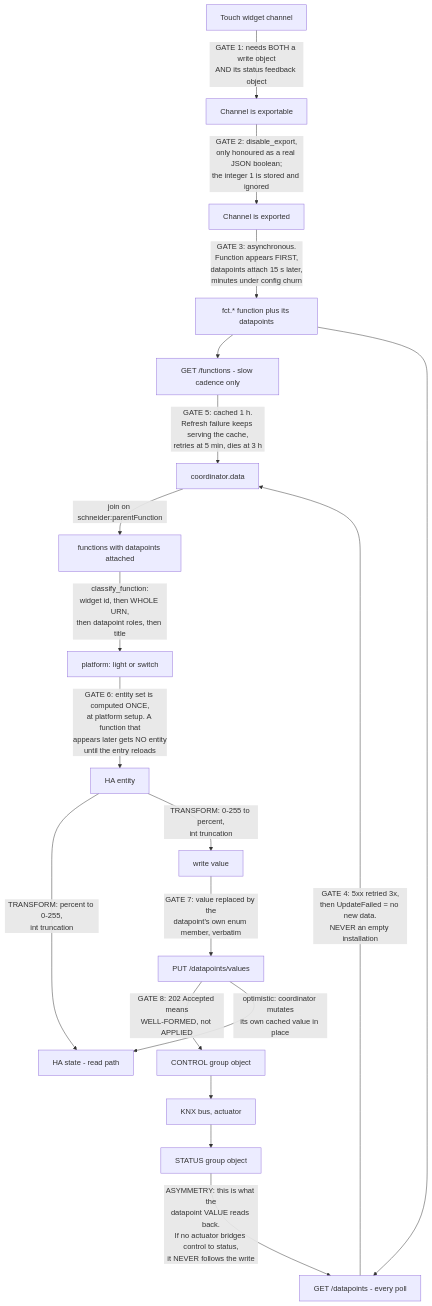
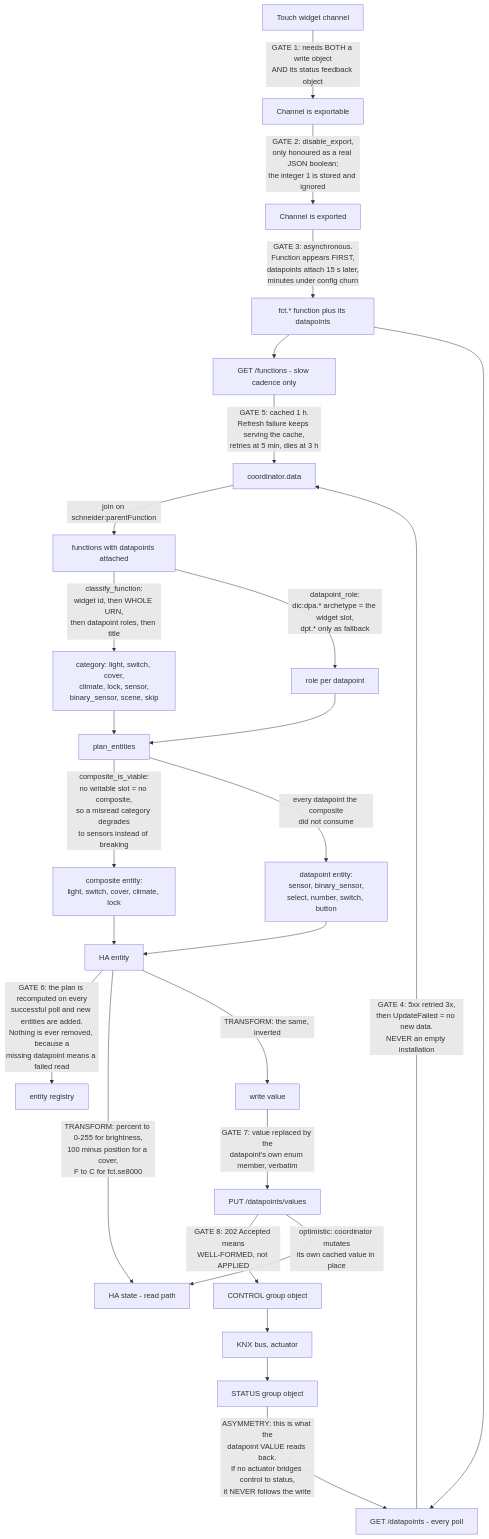
Before and after one commit to bartosekpetr/HomelYnk-HA: the second of 2 diagrams in docs/architecture.md, drawn with Mermaid. The commit also changed other lines of this file, not shown here.

First line of the commit message:
Architecture upkeep: the role map, the entity plan and ten platforms

````diff
--- a/docs/architecture.md
+++ b/docs/architecture.md
@@ -375,27 +431,34 @@
 ```mermaid
 flowchart TB
   W0["Touch widget channel"] -->|"GATE 1: needs BOTH a write object<br/>AND its status feedback object"| W1["Channel is exportable"]
   W1 -->|"GATE 2: disable_export,<br/>only honoured as a real JSON boolean;<br/>the integer 1 is stored and ignored"| W2["Channel is exported"]
   W2 -->|"GATE 3: asynchronous.<br/>Function appears FIRST,<br/>datapoints attach 15 s later,<br/>minutes under config churn"| F["fct.* function plus its datapoints"]
 
   F --> G1["GET /functions - slow cadence only"]
   F --> G2["GET /datapoints - every poll"]
 
   G2 -->|"GATE 4: 5xx retried 3x,<br/>then UpdateFailed = no new data.<br/>NEVER an empty installation"| CD["coordinator.data"]
   G1 -->|"GATE 5: cached 1 h.<br/>Refresh failure keeps serving the cache,<br/>retries at 5 min, dies at 3 h"| CD
 
   CD -->|"join on schneider:parentFunction"| FN["functions with datapoints attached"]
-  FN -->|"classify_function:<br/>widget id, then WHOLE URN,<br/>then datapoint roles, then title"| PL["platform: light or switch"]
-  PL -->|"GATE 6: entity set is computed ONCE,<br/>at platform setup. A function that<br/>appears later gets NO entity<br/>until the entry reloads"| E["HA entity"]
+  FN -->|"classify_function:<br/>widget id, then WHOLE URN,<br/>then datapoint roles, then title"| CAT["category: light, switch, cover,<br/>climate, lock, sensor,<br/>binary_sensor, scene, skip"]
+  FN -->|"datapoint_role:<br/>dic:dpa.* archetype = the widget slot,<br/>dpt.* only as fallback"| ROLE["role per datapoint"]
+  CAT --> PLAN["plan_entities"]
+  ROLE --> PLAN
+  PLAN -->|"composite_is_viable:<br/>no writable slot = no composite,<br/>so a misread category degrades<br/>to sensors instead of breaking"| COMP["composite entity:<br/>light, switch, cover, climate, lock"]
+  PLAN -->|"every datapoint the composite<br/>did not consume"| DPE["datapoint entity:<br/>sensor, binary_sensor,<br/>select, number, switch, button"]
+  COMP --> E["HA entity"]
+  DPE --> E
+  E -->|"GATE 6: the plan is recomputed on every<br/>successful poll and new entities are added.<br/>Nothing is ever removed, because a<br/>missing datapoint means a failed read"| REG["entity registry"]
 
-  E -->|"TRANSFORM: percent to 0-255,<br/>int truncation"| HAST["HA state - read path"]
-  E -->|"TRANSFORM: 0-255 to percent,<br/>int truncation"| WR["write value"]
+  E -->|"TRANSFORM: percent to 0-255 for brightness,<br/>100 minus position for a cover,<br/>F to C for fct.se8000"| HAST["HA state - read path"]
+  E -->|"TRANSFORM: the same, inverted"| WR["write value"]
 
   WR -->|"GATE 7: value replaced by the<br/>datapoint's own enum member, verbatim"| PUT["PUT /datapoints/values"]
   PUT -->|"GATE 8: 202 Accepted means<br/>WELL-FORMED, not APPLIED"| CTL["CONTROL group object"]
   CTL --> BUS["KNX bus, actuator"]
   BUS --> STAT["STATUS group object"]
   STAT -->|"ASYMMETRY: this is what the<br/>datapoint VALUE reads back.<br/>If no actuator bridges control to status,<br/>it NEVER follows the write"| G2
 
   PUT -->|"optimistic: coordinator mutates<br/>its own cached value in place"| HAST
 ```
````
